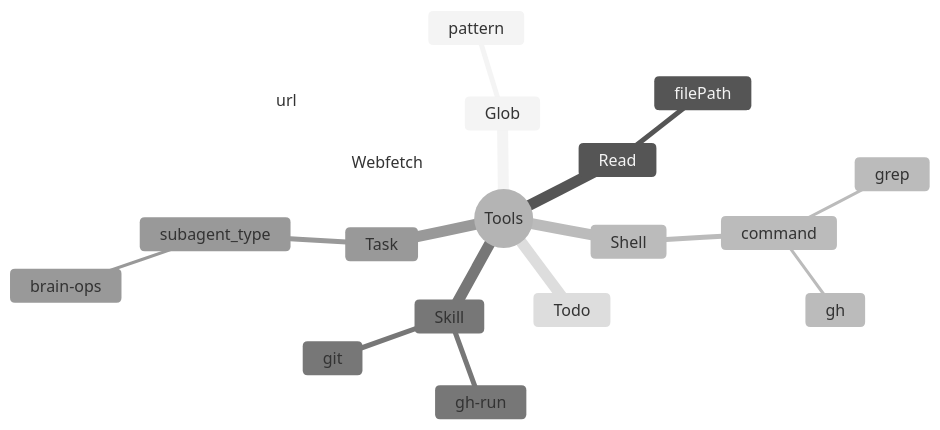
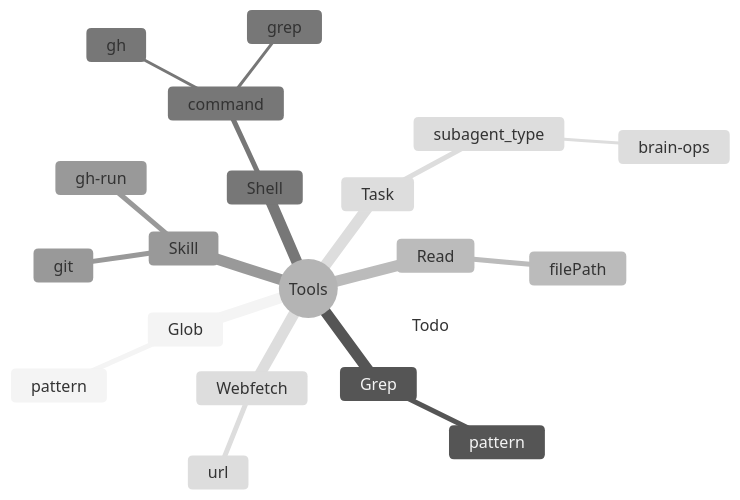
Before and after one commit to Cogni-AI-OU/cogni-ai-agent-skills: the third of 11 diagrams in agent-log-analysis/SKILL.md, drawn with Mermaid (neutral theme). The commit also changed other lines of this file, not shown here.

Commit message:
Update tool call distribution and mindmap in SKILL.md

````diff
--- a/agent-log-analysis/SKILL.md
+++ b/agent-log-analysis/SKILL.md
@@ -180,21 +181,23 @@
 ```mermaid
 mindmap
   root((Tools))
     Glob
+      pattern
+    Grep
       pattern
     Read
       filePath
     Shell
       command
         gh
         grep
     Skill
       gh-run
       git
     Task
       subagent_type
         brain-ops
     Todo
     Webfetch
       url
 ```
````
